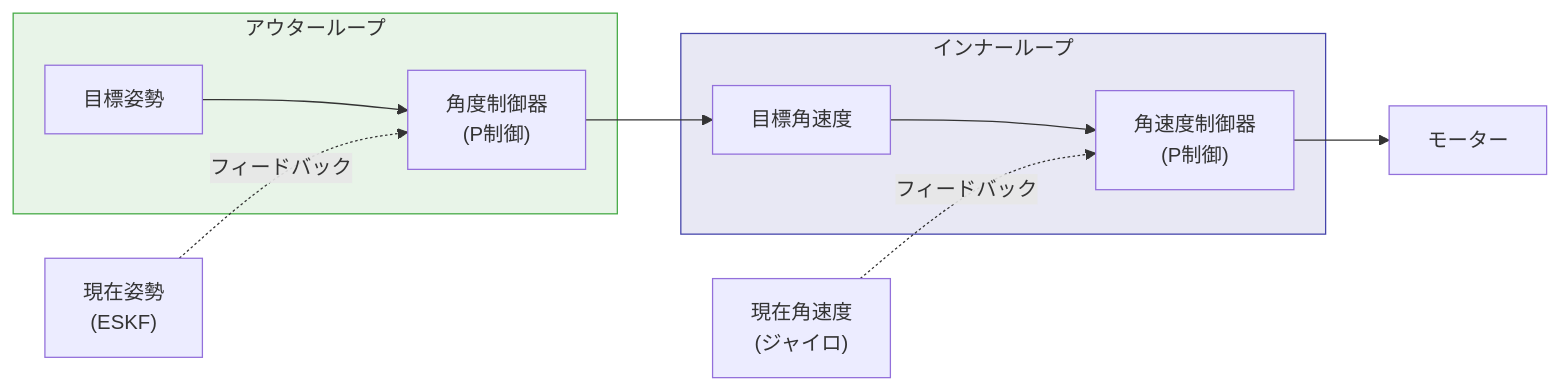
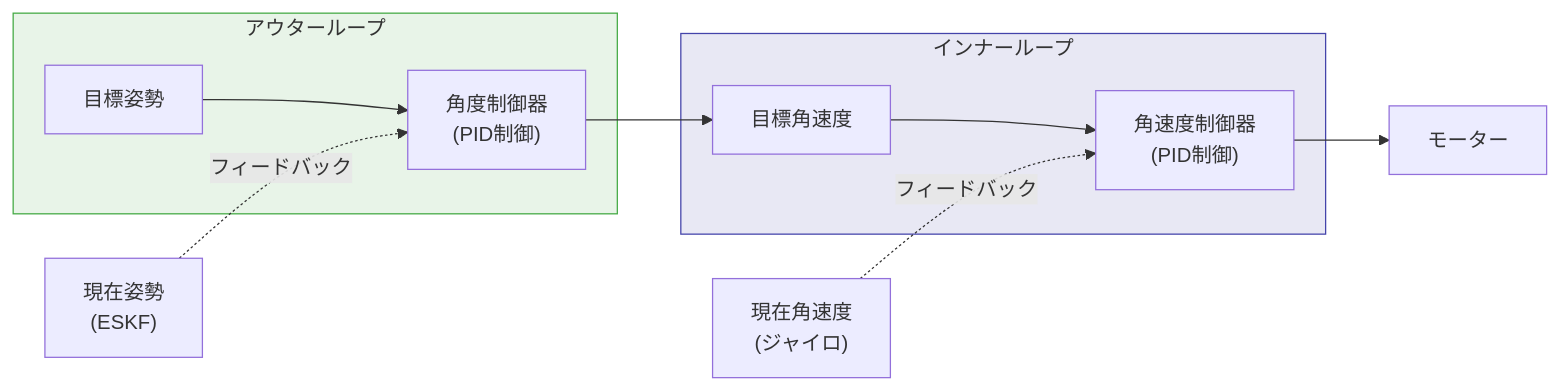
Before and after one commit to kouhei1970/stampfly_rtos_skelton: the second of 4 diagrams in docs/developer_guide.md, drawn with Mermaid. The commit also changed other lines of this file, not shown here.

````diff
--- a/docs/developer_guide.md
+++ b/docs/developer_guide.md
@@ -196,26 +198,26 @@
 ```mermaid
 flowchart LR
     subgraph outer["アウターループ"]
         TARGET["目標姿勢"]
-        ANGLE_CTRL["角度制御器<br/>(P制御)"]
+        ANGLE_CTRL["角度制御器<br/>(PID制御)"]
         TARGET --> ANGLE_CTRL
     end
 
     subgraph inner["インナーループ"]
         RATE_TARGET["目標角速度"]
-        RATE_CTRL["角速度制御器<br/>(P制御)"]
+        RATE_CTRL["角速度制御器<br/>(PID制御)"]
         RATE_TARGET --> RATE_CTRL
     end
 
     ANGLE_CTRL --> RATE_TARGET
     RATE_CTRL --> MOTOR["モーター"]
 
     ESKF["現在姿勢<br/>(ESKF)"]
     GYRO["現在角速度<br/>(ジャイロ)"]
 
     ESKF -.->|"フィードバック"| ANGLE_CTRL
     GYRO -.->|"フィードバック"| RATE_CTRL
 
     style outer fill:#e8f4e8,stroke:#4a4
     style inner fill:#e8e8f4,stroke:#44a
 ```
````
